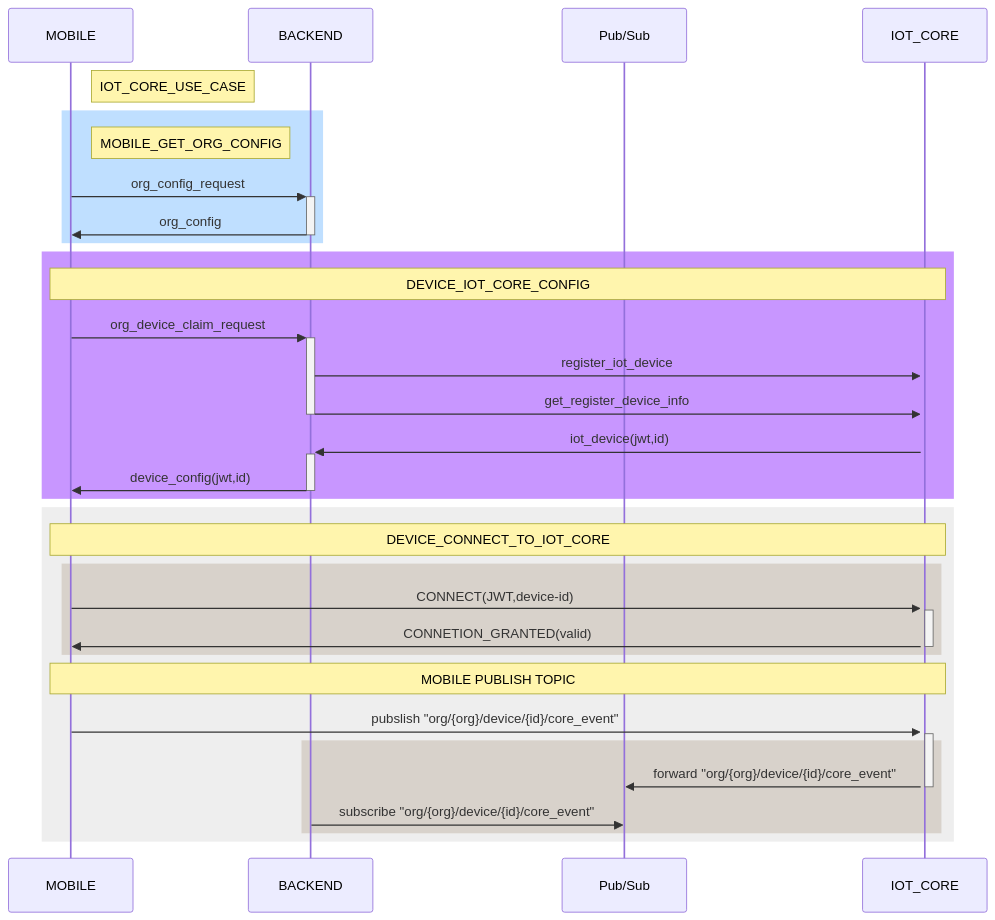
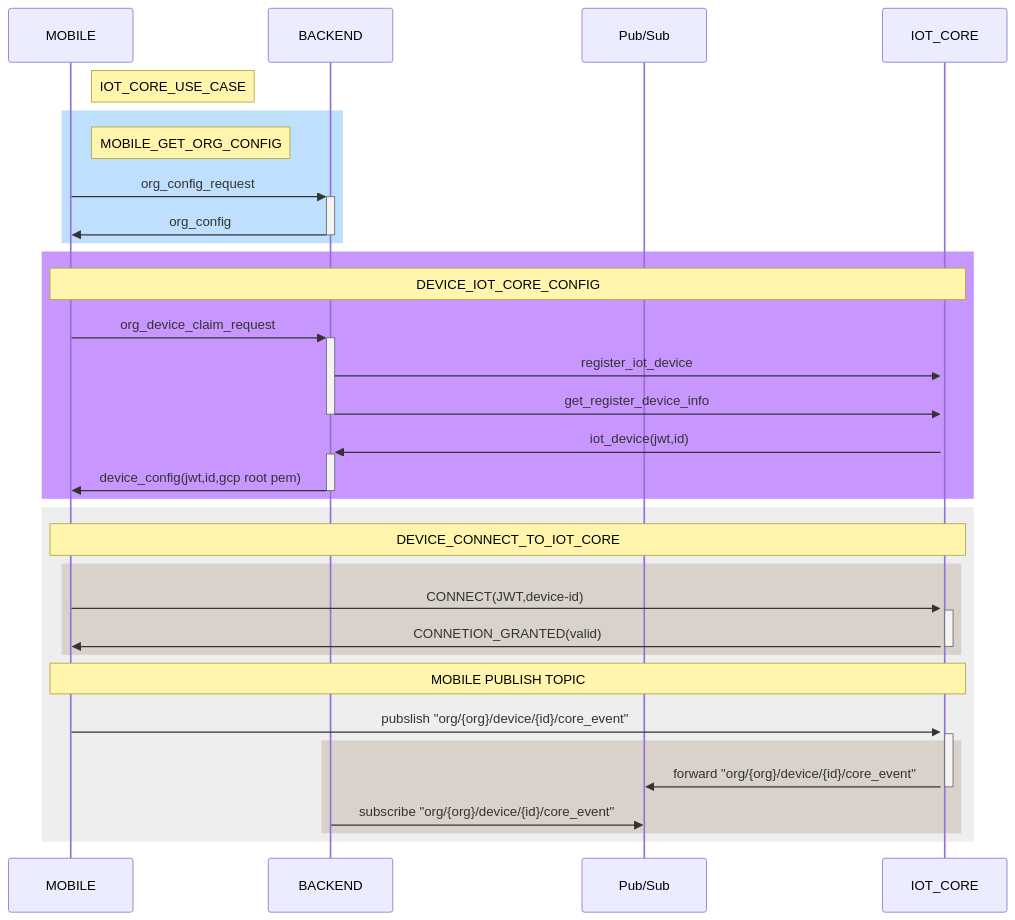
The diagram in README.md (GDSC-HSU/gateway-proof-of-concept), drawn with Mermaid before and after one commit.

````diff
--- a/README.md
+++ b/README.md
@@ -17,41 +17,41 @@
 ```mermaid
 sequenceDiagram
     participant MOBILE
     Note right of MOBILE: IOT_CORE_USE_CASE
     participant BACKEND
     participant Pub/Sub
     participant IOT_CORE
 
     rect rgb(191, 223, 255)
     Note right of MOBILE: MOBILE_GET_ORG_CONFIG
     MOBILE->>+BACKEND:org_config_request
     BACKEND->>-MOBILE:org_config
     end
 
     rect rgb(200, 150, 255)
     Note over MOBILE,IOT_CORE: DEVICE_IOT_CORE_CONFIG
     MOBILE->>+BACKEND:org_device_claim_request
     BACKEND->>+IOT_CORE:register_iot_device
     BACKEND->>-IOT_CORE:get_register_device_info
     
     IOT_CORE->>+BACKEND:iot_device(jwt,id)
-    BACKEND->>-MOBILE:device_config(jwt,id)
+    BACKEND->>-MOBILE:device_config(jwt,id,gcp root pem)
     end
 
     rect rgb(238, 238, 238)
     Note over MOBILE,IOT_CORE: DEVICE_CONNECT_TO_IOT_CORE
     
     rect rgb(216, 210, 203)
     MOBILE->>+IOT_CORE:CONNECT(JWT,device-id)
     IOT_CORE->>-MOBILE:CONNETION_GRANTED(valid)
     end
     
     Note over MOBILE,IOT_CORE: MOBILE PUBLISH TOPIC
     MOBILE->>+IOT_CORE: pubslish "org/{org}/device/{id}/core_event"
 
     rect rgb(216, 210, 203)
     IOT_CORE->>-Pub/Sub: forward "org/{org}/device/{id}/core_event"
     BACKEND->>Pub/Sub:subscribe  "org/{org}/device/{id}/core_event"
     end
     end
 ```
````
